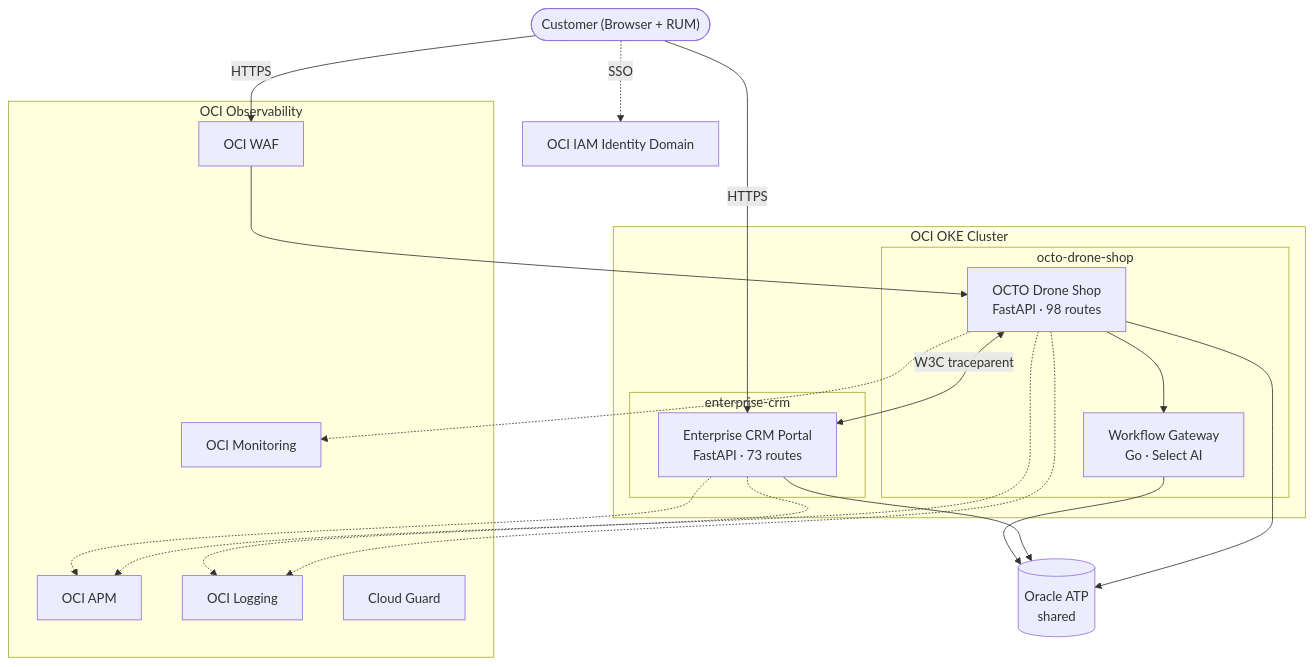
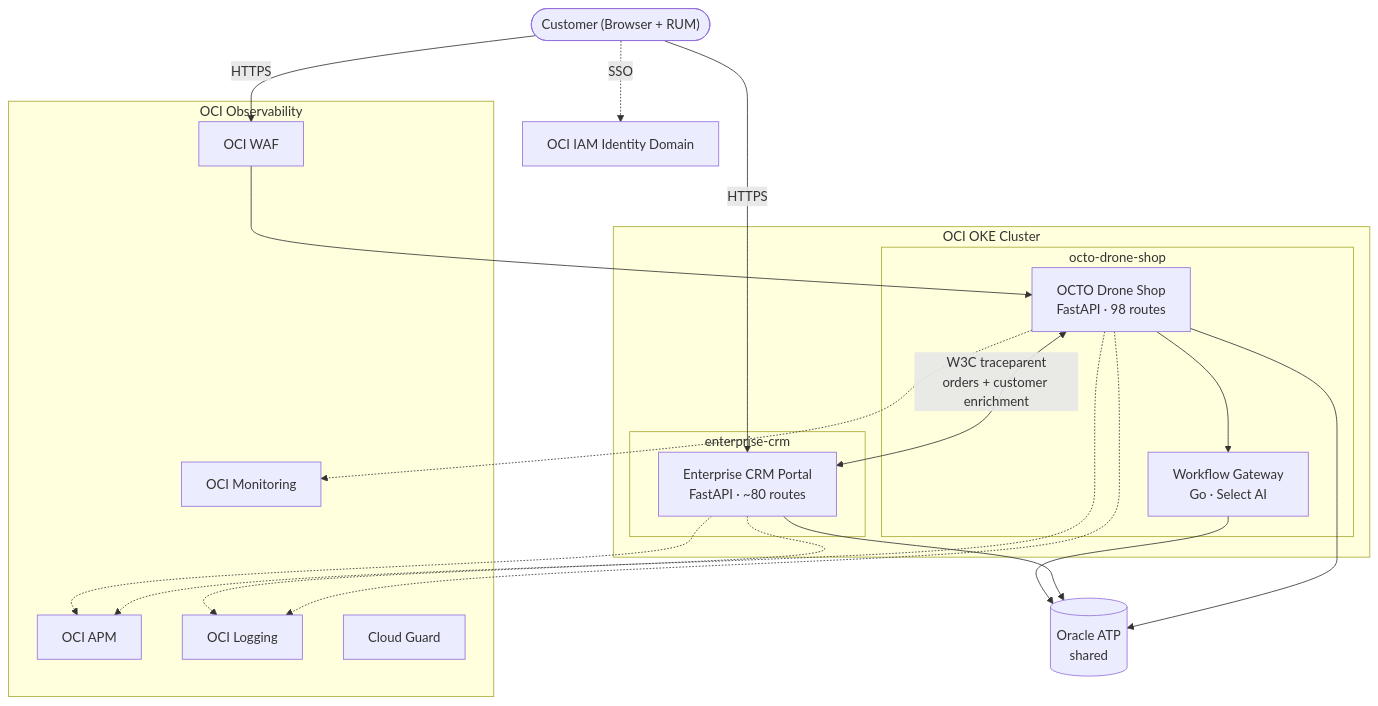
One commit to adibirzu/octo-apm-demo changed the diagram in site/index.md. Above: the diagram before and after it, drawn with Mermaid. The commit also changed other lines of this file and 8 other files, not shown here.

Commit message:
docs: update public architecture and CRM ownership docs

````diff
--- a/site/index.md
+++ b/site/index.md
@@ -77,39 +84,39 @@
 ```mermaid
 flowchart TD
     Customer(["Customer (Browser + RUM)"])
     IDCS["OCI IAM Identity Domain"]
 
     subgraph OKE ["OCI OKE Cluster"]
         subgraph NS1 ["octo-drone-shop"]
             DroneShop["OCTO Drone Shop<br/>FastAPI · 98 routes"]
             WGW["Workflow Gateway<br/>Go · Select AI"]
         end
         subgraph NS2 ["enterprise-crm"]
-            CRM["Enterprise CRM Portal<br/>FastAPI · 73 routes"]
+            CRM["Enterprise CRM Portal<br/>FastAPI · ~80 routes"]
         end
     end
 
     subgraph OCI ["OCI Observability"]
         APM["OCI APM"]
         Logging["OCI Logging"]
         Monitoring["OCI Monitoring"]
         WAF["OCI WAF"]
         CloudGuard["Cloud Guard"]
     end
 
     DB[(Oracle ATP<br/>shared)]
 
     Customer -->|HTTPS| WAF --> DroneShop
     Customer -->|HTTPS| CRM
     Customer -.->|SSO| IDCS
-    DroneShop <-->|"W3C traceparent"| CRM
+    DroneShop <-->|"W3C traceparent<br/>orders + customer enrichment"| CRM
     DroneShop --> WGW
     DroneShop --> DB
     CRM --> DB
     WGW --> DB
     DroneShop -.-> APM
     CRM -.-> APM
     DroneShop -.-> Logging
     CRM -.-> Logging
     DroneShop -.-> Monitoring
 ```
````
